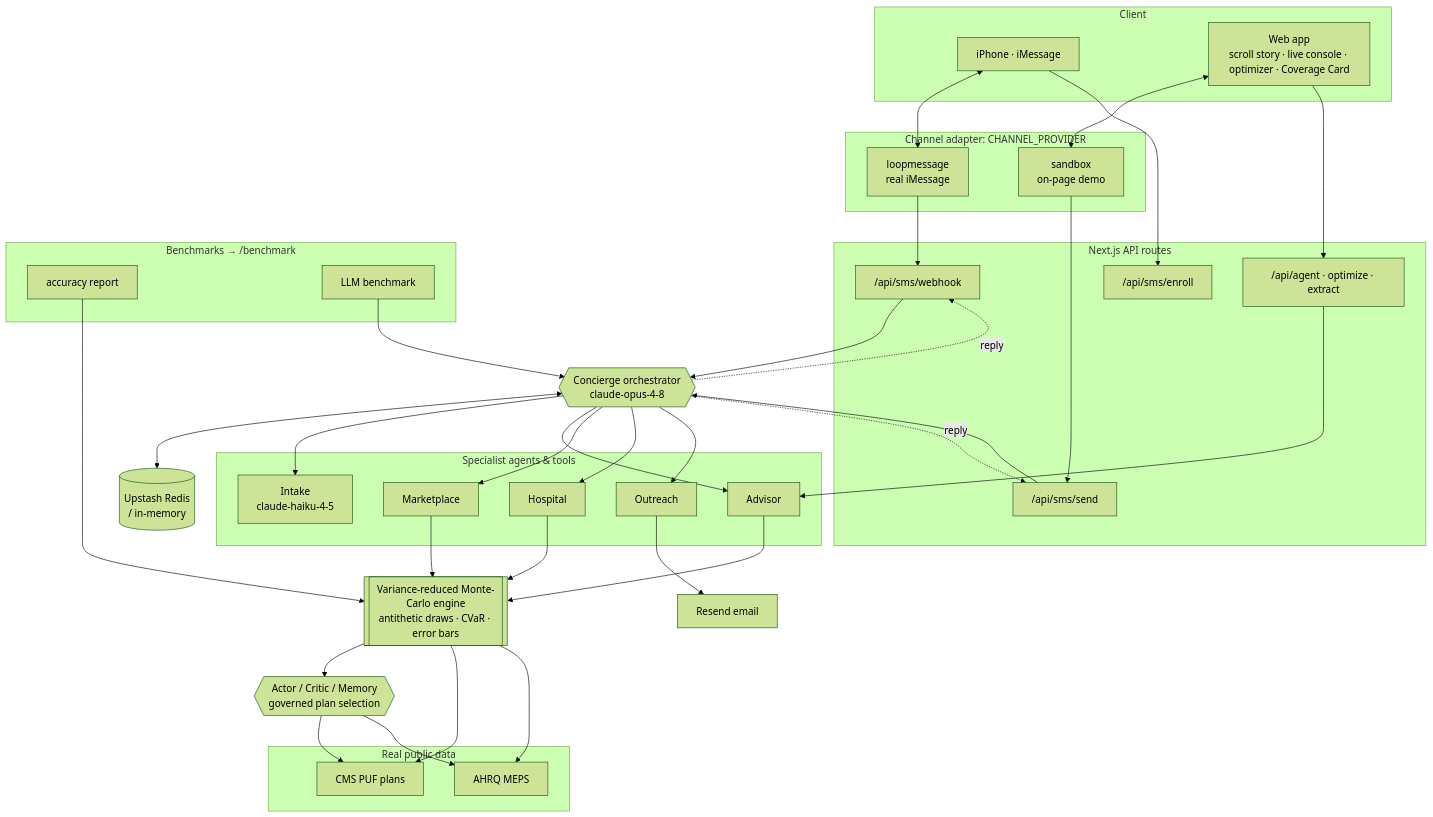
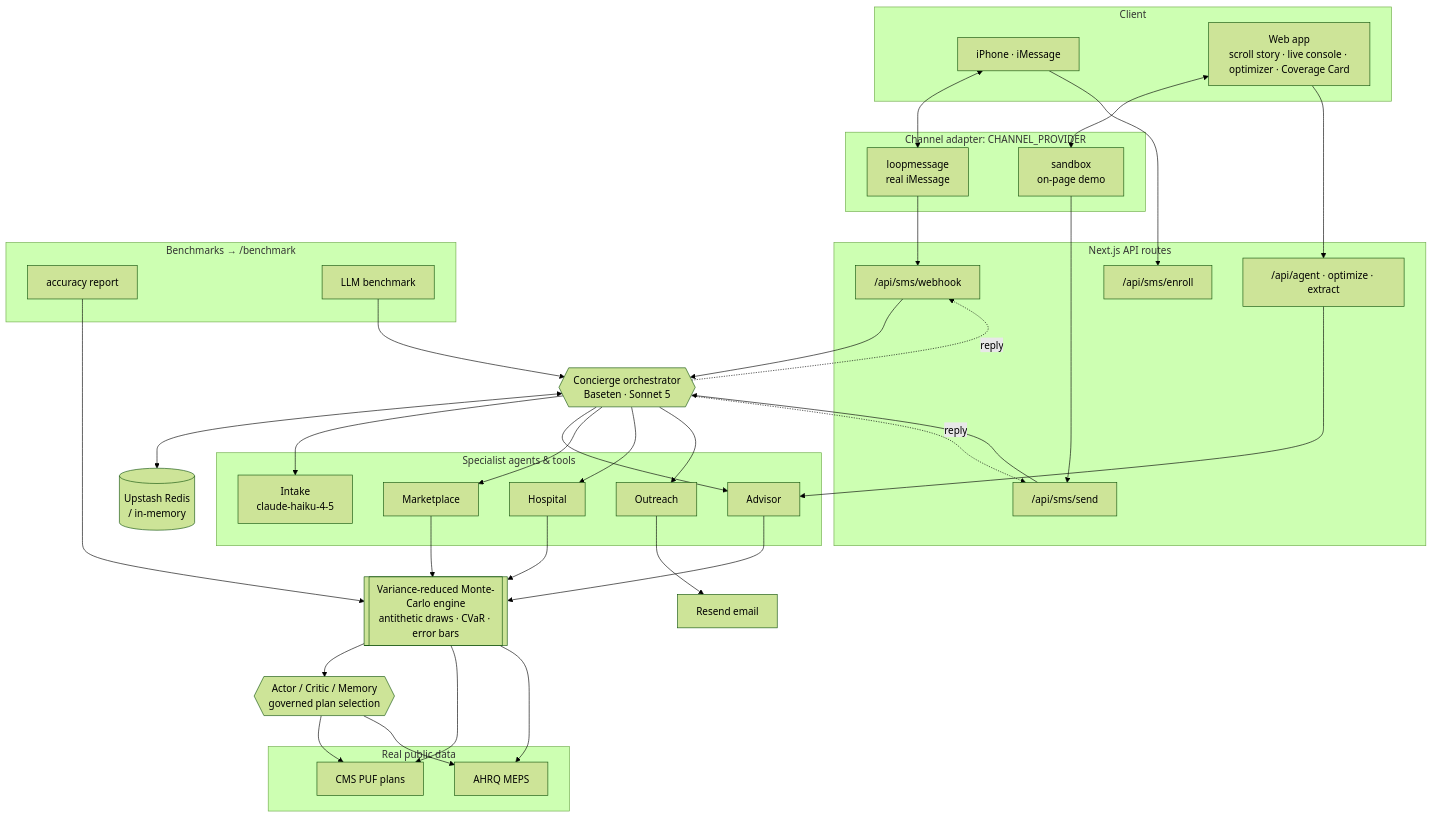
One commit to aravinds-kannappan/Covera changed the third of 3 diagrams in README.md. Above: the diagram before and after it, drawn with Mermaid (forest theme). The commit also changed other lines of this file and 23 other files, not shown here.

First line of the commit message:
PR1: voice concierge on /patient, Baseten model router, drop Opus

````diff
--- a/README.md
+++ b/README.md
@@ -157,67 +157,67 @@
 ```mermaid
 flowchart TB
   subgraph client["Client"]
     PHONE["iPhone · iMessage"]
     WEBUI["Web app<br/>scroll story · live console · optimizer · Coverage Card"]
   end
 
   subgraph channel["Channel adapter: CHANNEL_PROVIDER"]
     LOOP["loopmessage<br/>real iMessage"]
     SAND["sandbox<br/>on-page demo"]
   end
 
   subgraph api["Next.js API routes"]
     ENROLL["/api/sms/enroll"]
     HOOK["/api/sms/webhook"]
     SENDR["/api/sms/send"]
     INAPP["/api/agent · optimize · extract"]
   end
 
-  ORCH{{"Concierge orchestrator<br/>claude-opus-4-8"}}
+  ORCH{{"Concierge orchestrator<br/>Baseten · Sonnet 5"}}
 
   subgraph agents["Specialist agents & tools"]
     INTAKE["Intake<br/>claude-haiku-4-5"]
     ADVISOR["Advisor"]
     MARKET["Marketplace"]
     HOSP["Hospital"]
     OUTR["Outreach"]
   end
 
   SIM[["Variance-reduced Monte-Carlo engine<br/>antithetic draws · CVaR · error bars"]]
   GOV{{"Actor / Critic / Memory<br/>governed plan selection"}}
   STORE[("Upstash Redis<br/>/ in-memory")]
   EMAIL["Resend email"]
 
   subgraph data["Real public data"]
     CMS["CMS PUF plans"]
     MEPS["AHRQ MEPS"]
   end
 
   subgraph bench["Benchmarks → /benchmark"]
     ACC["accuracy report"]
     LLMB["LLM benchmark"]
   end
 
   PHONE <--> LOOP
   WEBUI <--> SAND
   WEBUI --> INAPP
   PHONE --> ENROLL
   LOOP --> HOOK
   SAND --> SENDR
 
   HOOK --> ORCH
   SENDR --> ORCH
   INAPP --> ADVISOR
   ORCH <--> STORE
   ORCH --> INTAKE & ADVISOR & MARKET & HOSP & OUTR
   ADVISOR --> SIM
   MARKET --> SIM
   HOSP --> SIM
   OUTR --> EMAIL
   SIM --> GOV
   GOV --> CMS & MEPS
   SIM --> CMS & MEPS
   ORCH -. reply .-> HOOK & SENDR
   ACC --> SIM
   LLMB --> ORCH
 ```
````
